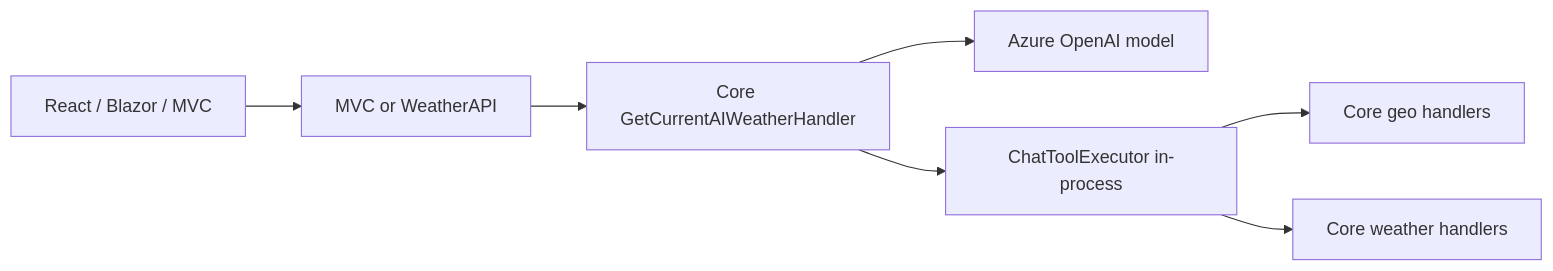
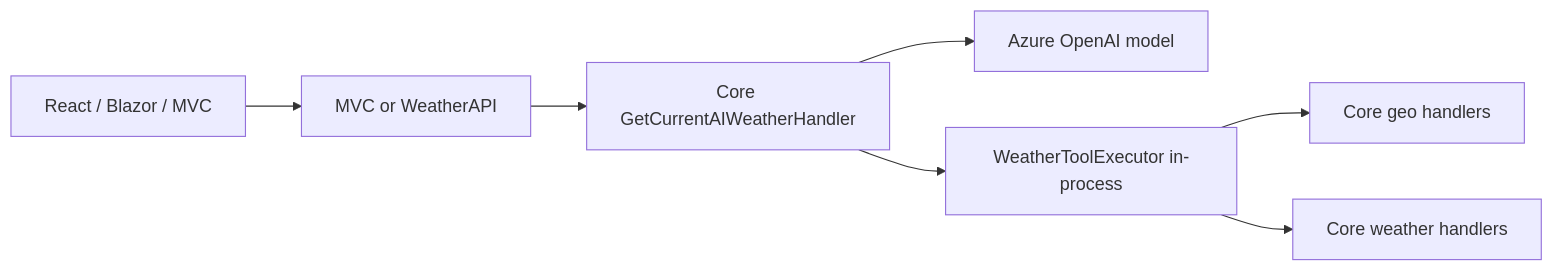
Before and after one commit to dustinkorzaan/weather-1116: the second of 2 diagrams in docs/architecture.md, drawn with Mermaid. The commit also changed other lines of this file and 7 other files, not shown here.

First line of the commit message:
Move in-process weather tools to Core.Tools and harden the AI weather loop

````diff
--- a/docs/architecture.md
+++ b/docs/architecture.md
@@ -110,17 +110,17 @@
 ```mermaid
 flowchart LR
   UI[React / Blazor / MVC]
   API[MVC or WeatherAPI]
   Core[Core GetCurrentAIWeatherHandler]
   Model[Azure OpenAI model]
-  Tools[ChatToolExecutor in-process]
+  Tools[WeatherToolExecutor in-process]
   CoreGeo[Core geo handlers]
   CoreWx[Core weather handlers]
 
   UI --> API
   API --> Core
   Core --> Model
   Core --> Tools
   Tools --> CoreGeo
   Tools --> CoreWx
 ```
````
